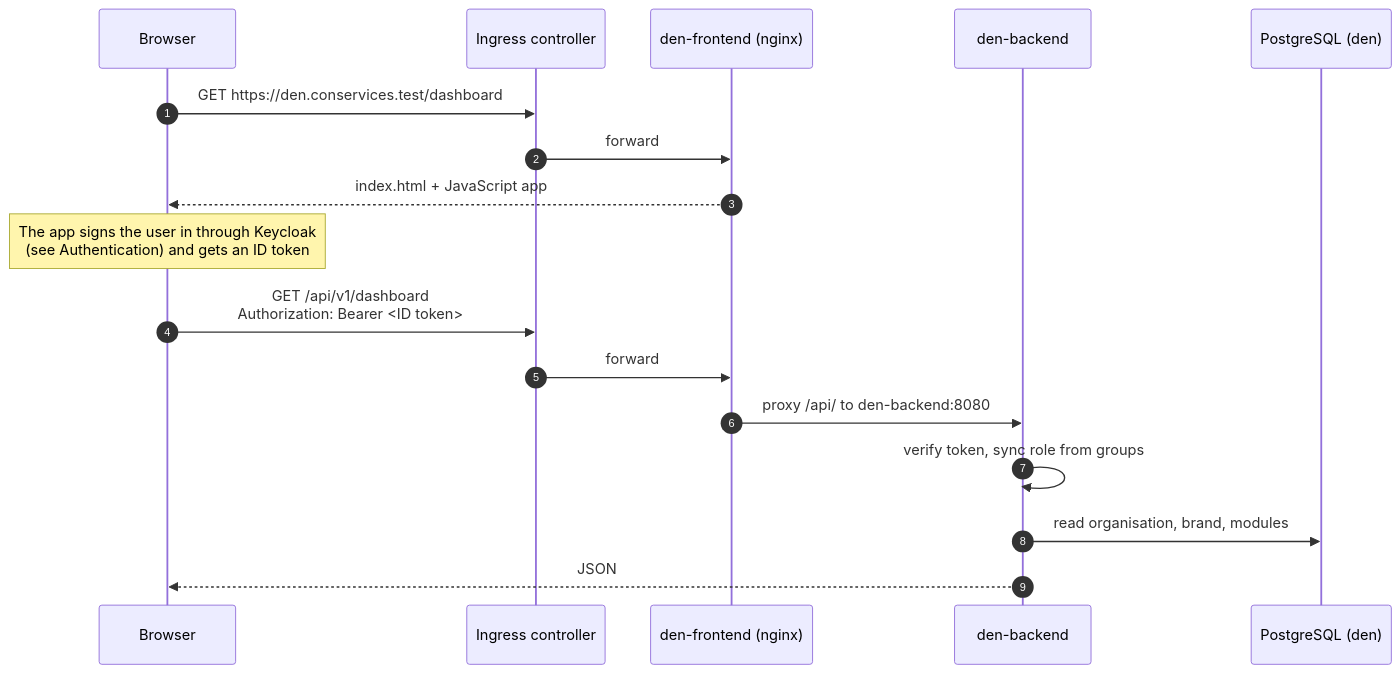
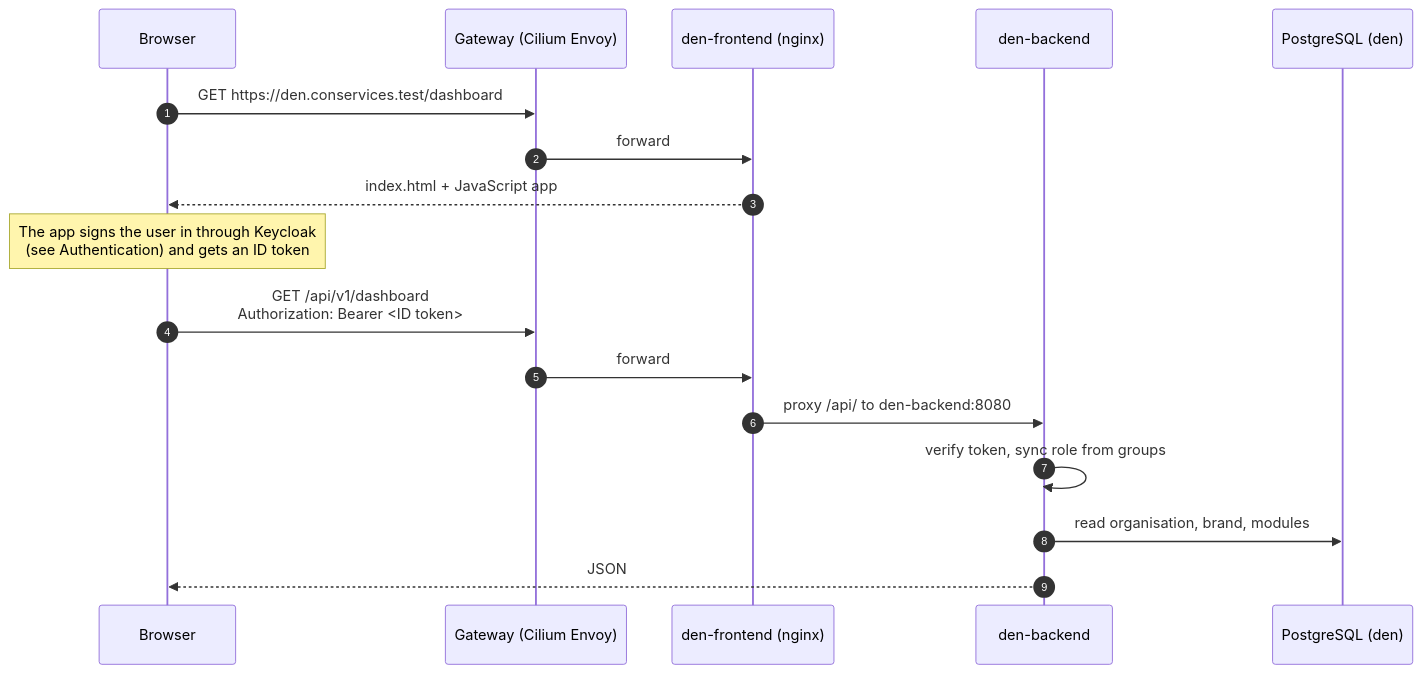
Before and after one commit to AGlElectronics/con-services: the second of 4 diagrams in docs/concepts/architecture.md, drawn with Mermaid. The commit also changed other lines of this file and 78 other files, not shown here.

````diff
--- a/docs/concepts/architecture.md
+++ b/docs/concepts/architecture.md
@@ -126,20 +135,20 @@
 ```mermaid
 sequenceDiagram
     autonumber
     participant B as Browser
-    participant I as Ingress controller
+    participant I as Gateway (Cilium Envoy)
     participant F as den-frontend (nginx)
     participant A as den-backend
     participant DB as PostgreSQL (den)
 
     B->>I: GET https://den.conservices.test/dashboard
     I->>F: forward
     F-->>B: index.html + JavaScript app
     Note over B: The app signs the user in through Keycloak<br/>(see Authentication) and gets an ID token
     B->>I: GET /api/v1/dashboard<br/>Authorization: Bearer <ID token>
     I->>F: forward
     F->>A: proxy /api/ to den-backend:8080
     A->>A: verify token, sync role from groups
     A->>DB: read organisation, brand, modules
     A-->>B: JSON
 ```
````
